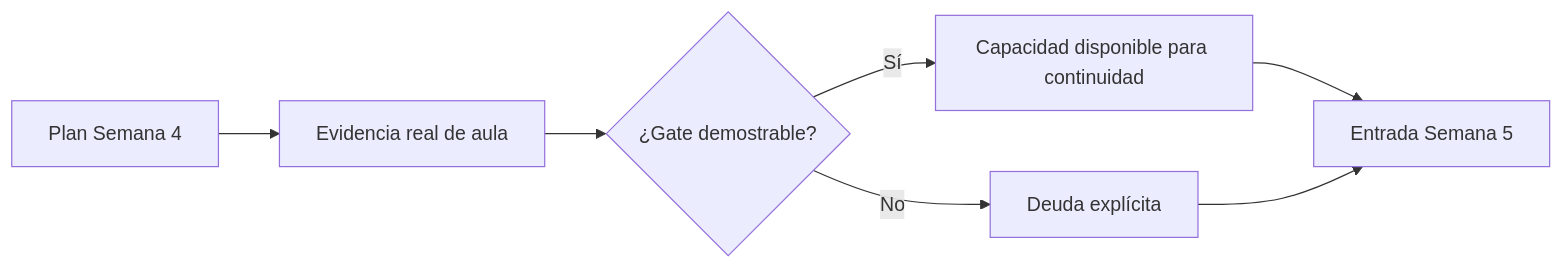
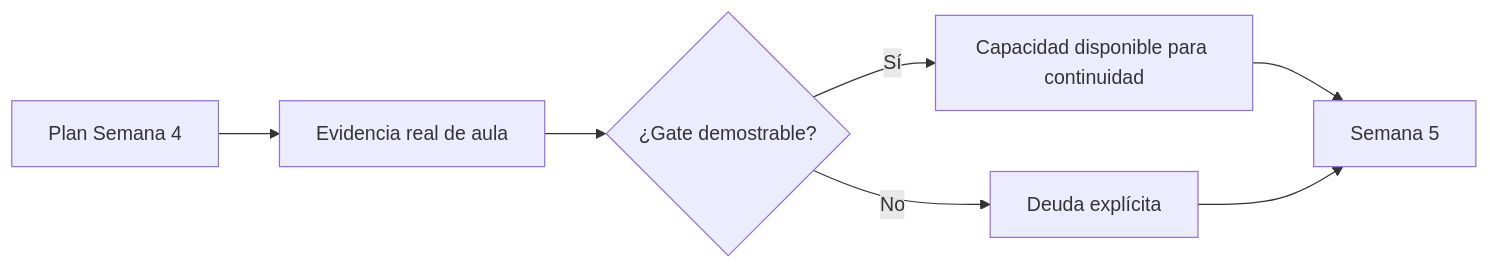
Before and after one commit to cmartinezs/DSY1107-DESARROLLO-CLOUD-NATIVE-I-2026-2: the diagram in semanas/semana-05/00-entrada-desde-semana-04.md, drawn with Mermaid. The commit also changed other lines of this file, not shown here.

Commit message:
docs(dsy1107): enlaza checkpoint con semana 5 oficial

````diff
--- a/semanas/semana-05/00-entrada-desde-semana-04.md
+++ b/semanas/semana-05/00-entrada-desde-semana-04.md
@@ -13,9 +14,9 @@
 ```mermaid
 flowchart LR
     PLAN[Plan Semana 4] --> EVID[Evidencia real de aula]
     EVID --> GATE{¿Gate demostrable?}
     GATE -- Sí --> GREEN[Capacidad disponible para continuidad]
     GATE -- No --> DEBT[Deuda explícita]
-    GREEN --> W5[Entrada Semana 5]
+    GREEN --> W5[Semana 5]
     DEBT --> W5
 ```
````
